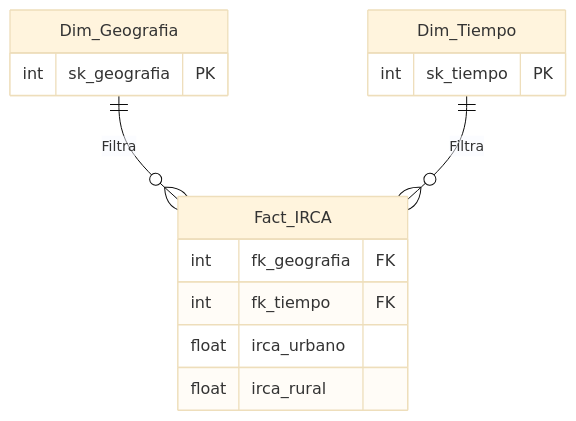
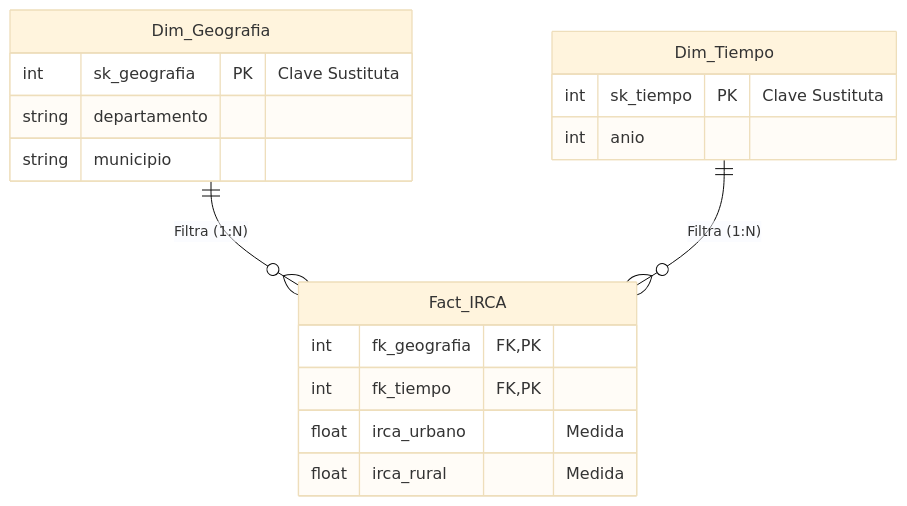
One commit to Big2Welker/Project1ETLSVG changed the second of 2 diagrams in README.md. Above: the diagram before and after it, drawn with Mermaid (base theme).

````diff
--- a/README.md
+++ b/README.md
@@ -61,8 +61,23 @@
 ```mermaid
 erDiagram
-    Dim_Geografia ||--o{ Fact_IRCA : "Filtra"
-    Dim_Tiempo ||--o{ Fact_IRCA : "Filtra"
-    Dim_Geografia { int sk_geografia PK }
-    Dim_Tiempo { int sk_tiempo PK }
-    Fact_IRCA { int fk_geografia FK int fk_tiempo FK float irca_urbano float irca_rural }
+    Dim_Geografia ||--o{ Fact_IRCA : "Filtra (1:N)"
+    Dim_Tiempo ||--o{ Fact_IRCA : "Filtra (1:N)"
+
+    Dim_Geografia {
+        int sk_geografia PK "Clave Sustituta"
+        string departamento
+        string municipio
+    }
+    
+    Dim_Tiempo {
+        int sk_tiempo PK "Clave Sustituta"
+        int anio
+    }
+    
+    Fact_IRCA {
+        int fk_geografia FK, PK
+        int fk_tiempo FK, PK
+        float irca_urbano "Medida"
+        float irca_rural "Medida"
+    }
 ```
````
